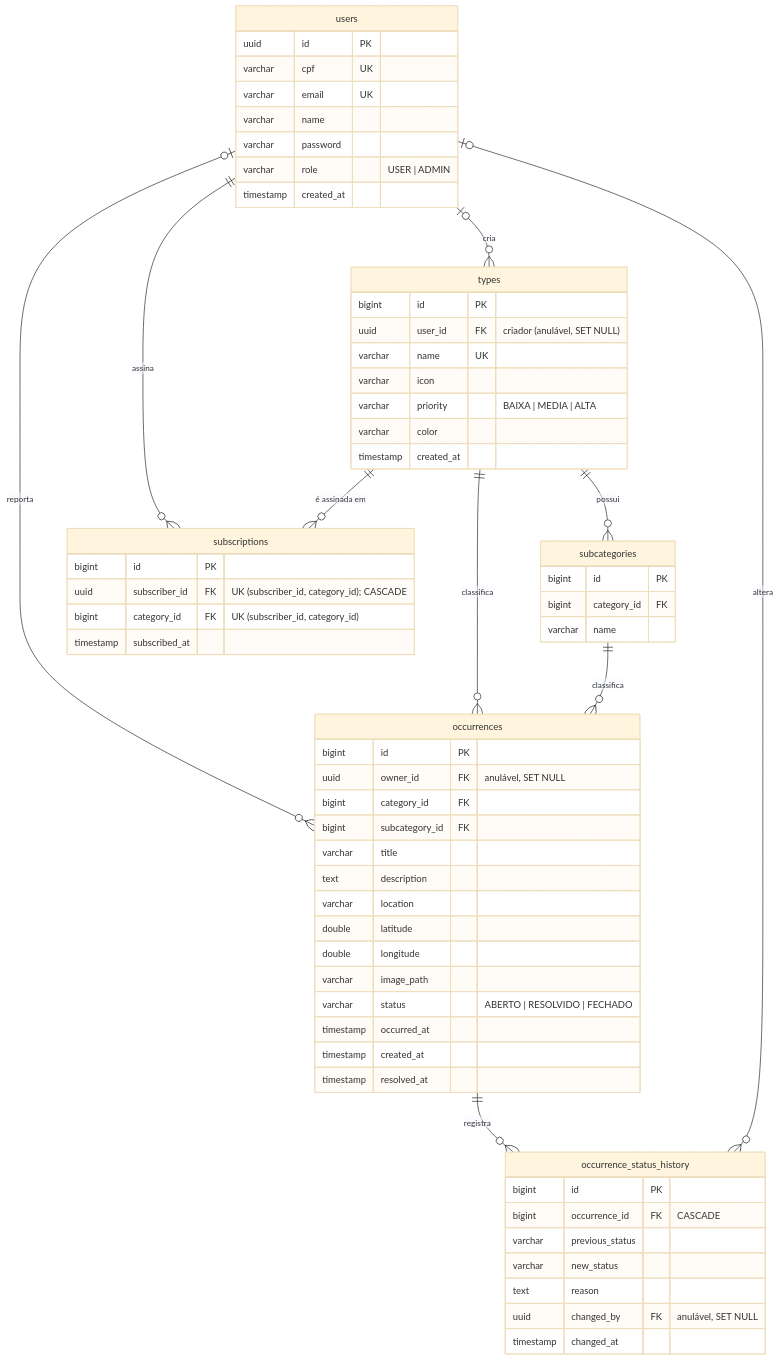
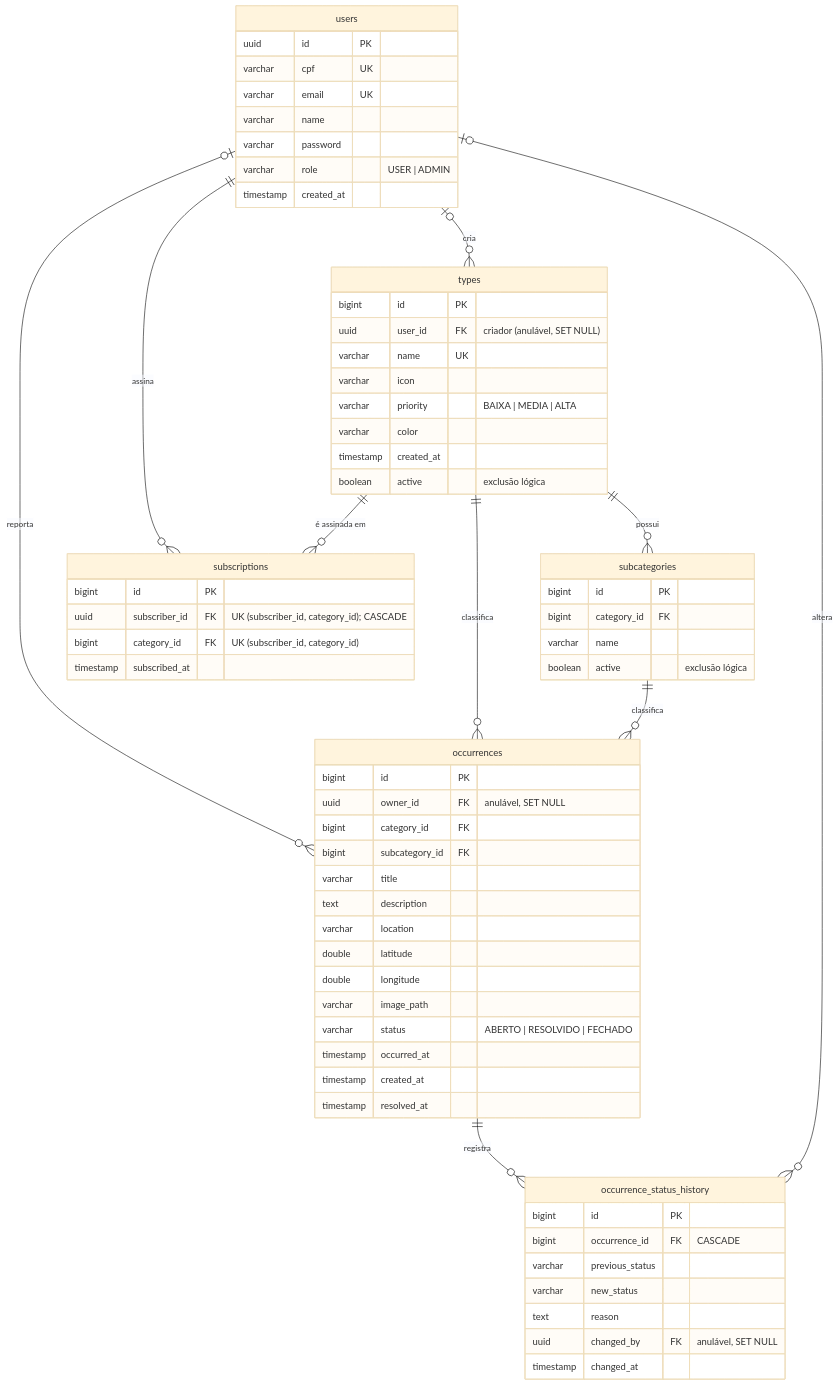
Before and after one commit to BelleVimercati/Talkie: the diagram in backend/docs/DIAGRAMA_BANCO_DE_DADOS.md, drawn with Mermaid (base theme). The commit also changed other lines of this file and 7 other files, not shown here.

````diff
--- a/backend/docs/DIAGRAMA_BANCO_DE_DADOS.md
+++ b/backend/docs/DIAGRAMA_BANCO_DE_DADOS.md
@@ -6,72 +6,74 @@
 ```mermaid
 erDiagram
     users {
         uuid id PK
         varchar cpf UK
         varchar email UK
         varchar name
         varchar password
         varchar role "USER | ADMIN"
         timestamp created_at
     }
 
     types {
         bigint id PK
         uuid user_id FK "criador (anulável, SET NULL)"
         varchar name UK
         varchar icon
         varchar priority "BAIXA | MEDIA | ALTA"
         varchar color
         timestamp created_at
+        boolean active "exclusão lógica"
     }
 
     subcategories {
         bigint id PK
         bigint category_id FK
         varchar name
+        boolean active "exclusão lógica"
     }
 
     occurrences {
         bigint id PK
         uuid owner_id FK "anulável, SET NULL"
         bigint category_id FK
         bigint subcategory_id FK
         varchar title
         text description
         varchar location
         double latitude
         double longitude
         varchar image_path
         varchar status "ABERTO | RESOLVIDO | FECHADO"
         timestamp occurred_at
         timestamp created_at
         timestamp resolved_at
     }
 
     subscriptions {
         bigint id PK
         uuid subscriber_id FK "UK (subscriber_id, category_id); CASCADE"
         bigint category_id FK "UK (subscriber_id, category_id)"
         timestamp subscribed_at
     }
 
     occurrence_status_history {
         bigint id PK
         bigint occurrence_id FK "CASCADE"
         varchar previous_status
         varchar new_status
         text reason
         uuid changed_by FK "anulável, SET NULL"
         timestamp changed_at
     }
 
     users |o--o{ types : "cria"
     users |o--o{ occurrences : "reporta"
     users ||--o{ subscriptions : "assina"
     types ||--o{ subcategories : "possui"
     types ||--o{ occurrences : "classifica"
     types ||--o{ subscriptions : "é assinada em"
     subcategories ||--o{ occurrences : "classifica"
     occurrences ||--o{ occurrence_status_history : "registra"
     users |o--o{ occurrence_status_history : "altera"
 ```
````
